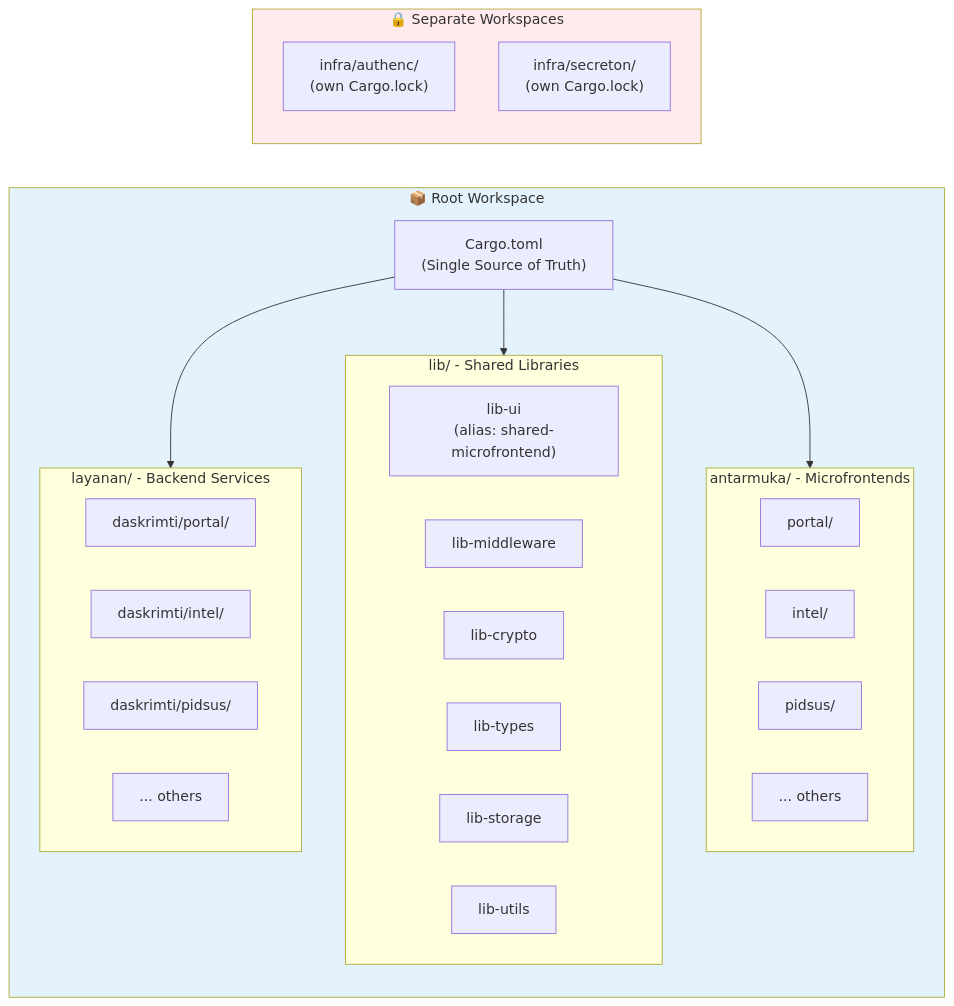
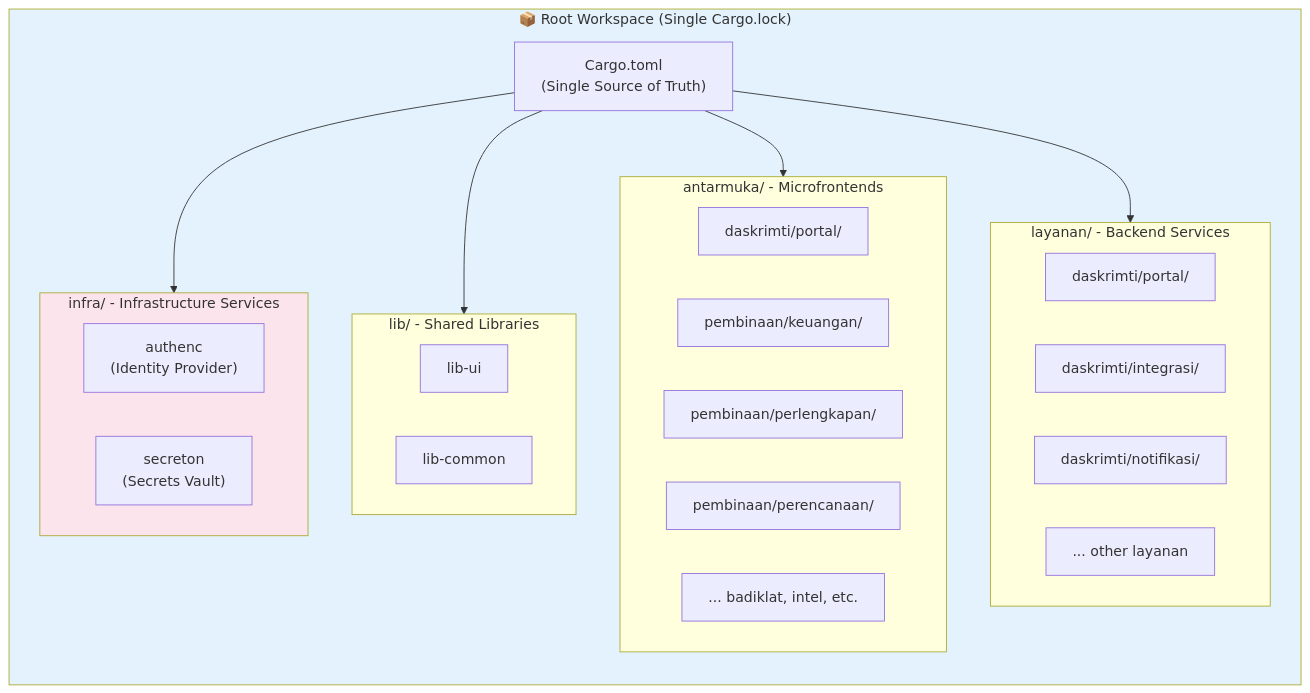
Before and after one commit to analisaperlengkapan/simpel2: the second of 3 diagrams in AGENTS.md, drawn with Mermaid. The commit also changed other lines of this file and 164 other files, not shown here.

First line of the commit message:
chore: Migrasi Perlengkapan, Kustomize K8s, dan perbaikan Portal staging

````diff
--- a/AGENTS.md
+++ b/AGENTS.md
@@ -100,42 +100,40 @@
 ```mermaid
 flowchart LR
-    subgraph Root["📦 Root Workspace"]
+    subgraph Root["📦 Root Workspace (Single Cargo.lock)"]
         direction TB
         CT["Cargo.toml<br/>(Single Source of Truth)"]
 
         subgraph Lib["lib/ - Shared Libraries"]
-            LU["lib-ui<br/>(alias: shared-microfrontend)"]
-            LM["lib-middleware"]
-            LC["lib-crypto"]
-            LT["lib-types"]
-            LS2["lib-storage"]
-            LUT["lib-utils"]
+            LU["lib-ui"]
+            LC["lib-common"]
         end
 
         subgraph Antarmuka["antarmuka/ - Microfrontends"]
-            AP["portal/"]
-            AI["intel/"]
-            APS["pidsus/"]
-            AN["... others"]
+            AP["daskrimti/portal/"]
+            APK["pembinaan/keuangan/"]
+            APP["pembinaan/perlengkapan/"]
+            APR["pembinaan/perencanaan/"]
+            AN["... badiklat, intel, etc."]
         end
 
         subgraph Layanan["layanan/ - Backend Services"]
             SP["daskrimti/portal/"]
-            SI["daskrimti/intel/"]
-            SPS["daskrimti/pidsus/"]
-            SN["... others"]
+            SI["daskrimti/integrasi/"]
+            SN["daskrimti/notifikasi/"]
+            LPN["... other layanan"]
         end
-    end
 
-    subgraph InfraSep["🔒 Separate Workspaces"]
-        AUTH2["infra/authenc/<br/>(own Cargo.lock)"]
-        SEC2["infra/secreton/<br/>(own Cargo.lock)"]
+        subgraph Infra["infra/ - Infrastructure Services"]
+            AUTH["authenc<br/>(Identity Provider)"]
+            SEC["secreton<br/>(Secrets Vault)"]
+        end
     end
 
     CT --> Lib
     CT --> Antarmuka
     CT --> Layanan
+    CT --> Infra
 
     style Root fill:#e3f2fd
-    style InfraSep fill:#ffebee
+    style Infra fill:#fce4ec
 ```
````
